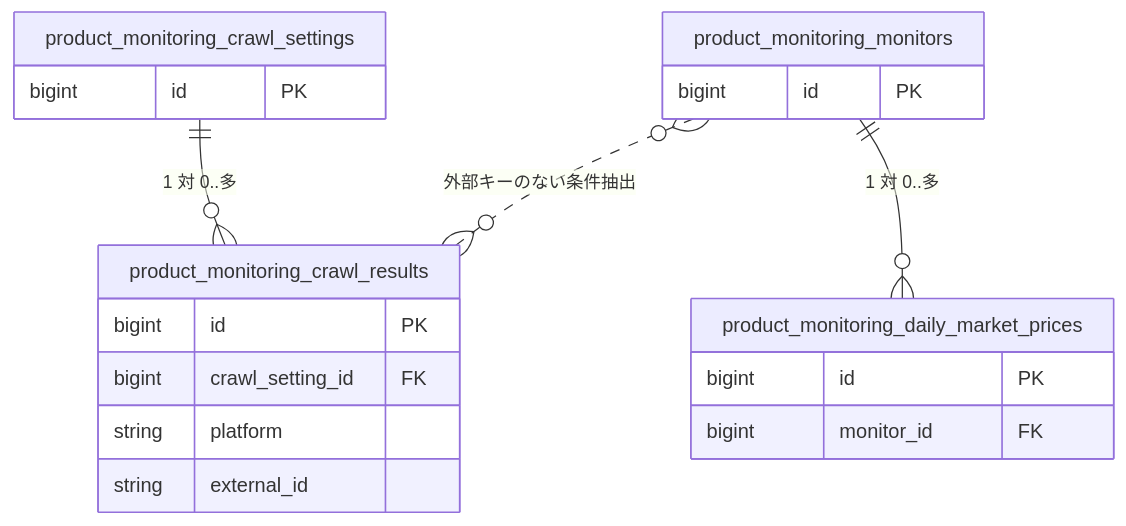
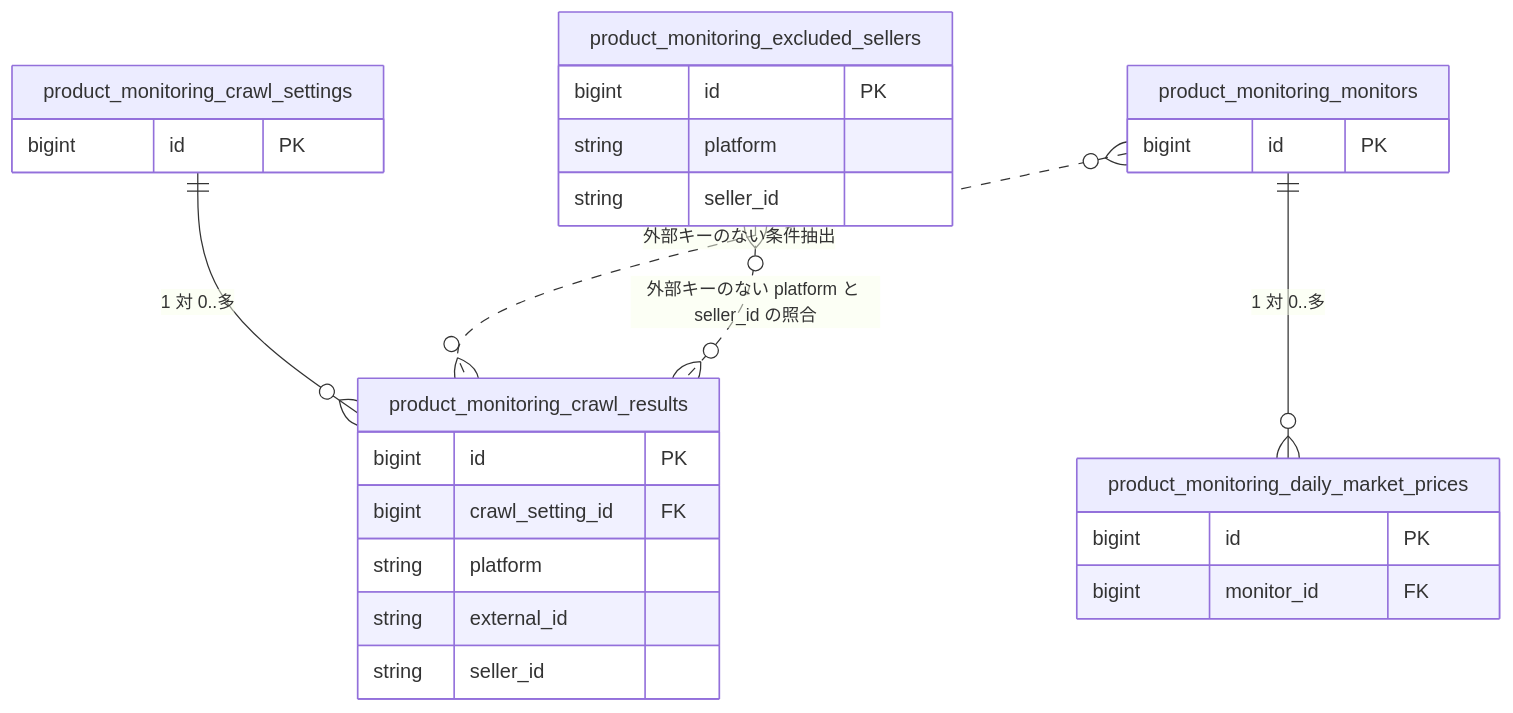
Before and after one commit to kuroweb/price-monitoring: the diagram in docs/features/product-monitoring/database.md, drawn with Mermaid. The commit also changed other lines of this file and 5 other files, not shown here.

````diff
--- a/docs/features/product-monitoring/database.md
+++ b/docs/features/product-monitoring/database.md
@@ -7,22 +7,29 @@
 ```mermaid
 erDiagram
   product_monitoring_crawl_settings {
     bigint id PK
   }
   product_monitoring_crawl_results {
     bigint id PK
     bigint crawl_setting_id FK
     string platform
     string external_id
+    string seller_id
+  }
+  product_monitoring_excluded_sellers {
+    bigint id PK
+    string platform
+    string seller_id
   }
   product_monitoring_monitors {
     bigint id PK
   }
   product_monitoring_daily_market_prices {
     bigint id PK
     bigint monitor_id FK
   }
   product_monitoring_crawl_settings ||--o{ product_monitoring_crawl_results : "1 対 0..多"
   product_monitoring_monitors ||--o{ product_monitoring_daily_market_prices : "1 対 0..多"
   product_monitoring_monitors }o..o{ product_monitoring_crawl_results : "外部キーのない条件抽出"
+  product_monitoring_excluded_sellers }o..o{ product_monitoring_crawl_results : "外部キーのない platform と seller_id の照合"
 ```
````
